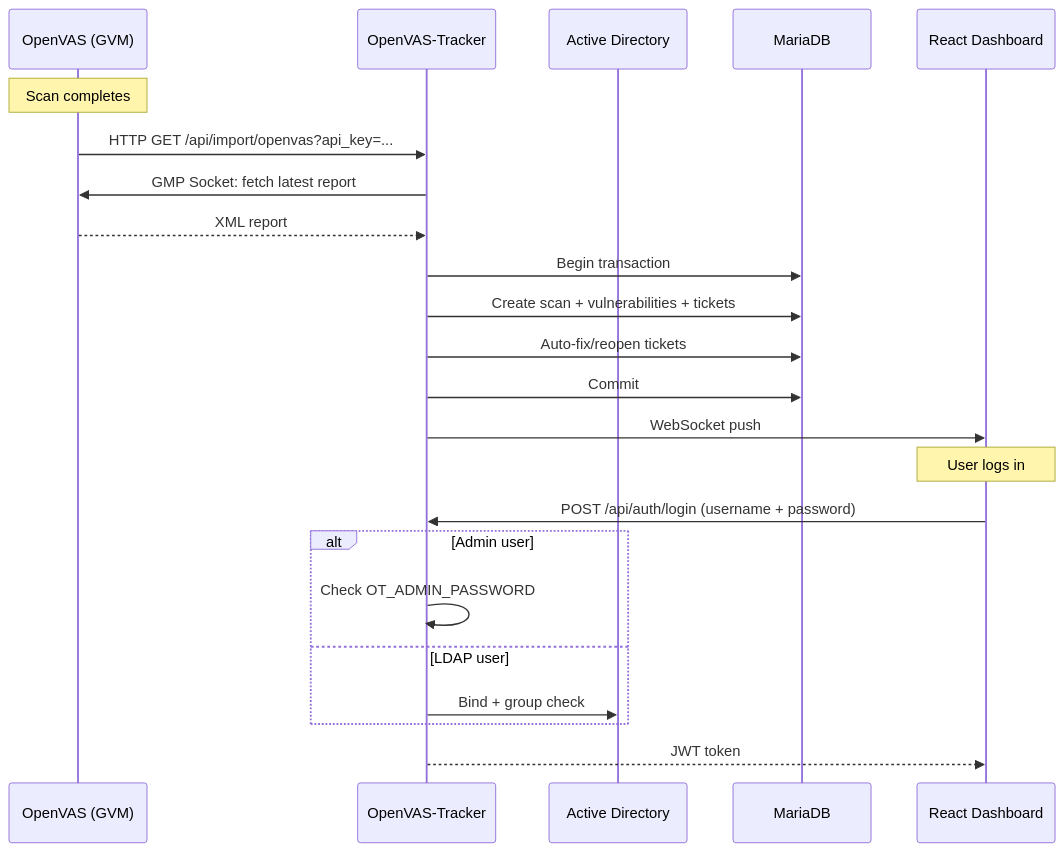
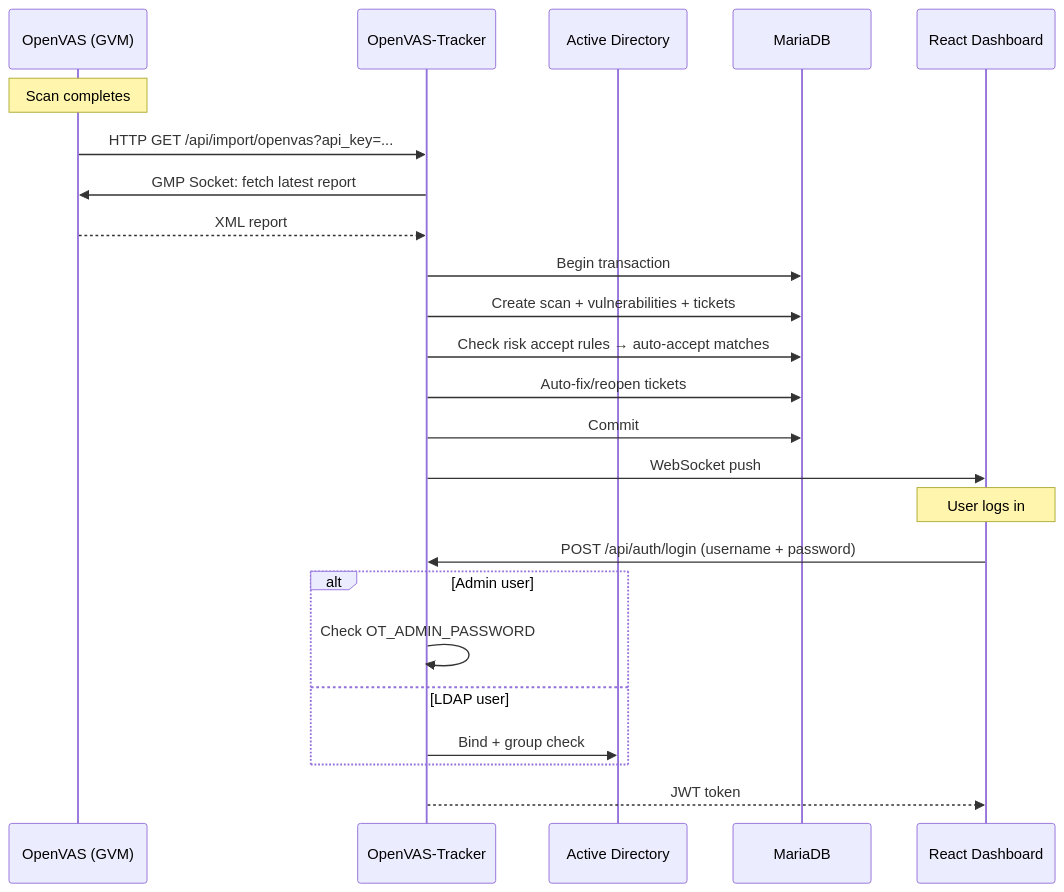
The diagram in README.md (trcyberoptic/openvas-tracker), drawn with Mermaid before and after one commit. The commit also changed other lines of this file and 2 other files, not shown here.

Commit message:
docs: update all md files — risk rules, trend, LDAP, auth, hostname normalization

````diff
--- a/README.md
+++ b/README.md
@@ -28,27 +29,28 @@
 ```mermaid
 sequenceDiagram
     participant OV as OpenVAS (GVM)
     participant TR as OpenVAS-Tracker
     participant AD as Active Directory
     participant DB as MariaDB
     participant UI as React Dashboard
 
     Note over OV: Scan completes
     OV->>TR: HTTP GET /api/import/openvas?api_key=...
     TR->>OV: GMP Socket: fetch latest report
     OV-->>TR: XML report
     TR->>DB: Begin transaction
     TR->>DB: Create scan + vulnerabilities + tickets
+    TR->>DB: Check risk accept rules → auto-accept matches
     TR->>DB: Auto-fix/reopen tickets
     TR->>DB: Commit
     TR->>UI: WebSocket push
 
     Note over UI: User logs in
     UI->>TR: POST /api/auth/login (username + password)
     alt Admin user
         TR->>TR: Check OT_ADMIN_PASSWORD
     else LDAP user
         TR->>AD: Bind + group check
     end
     TR-->>UI: JWT token
 ```
````
